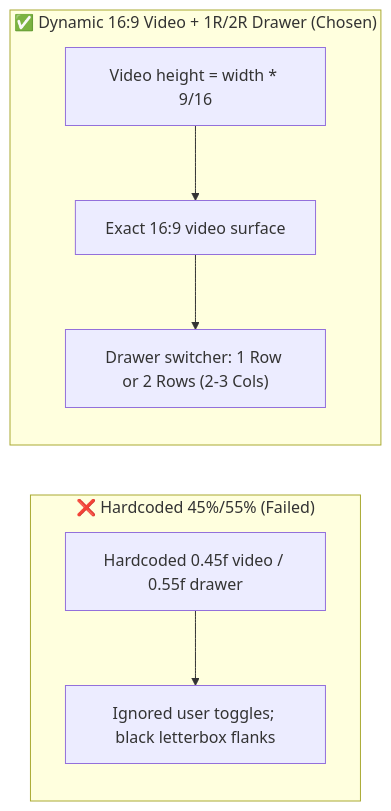
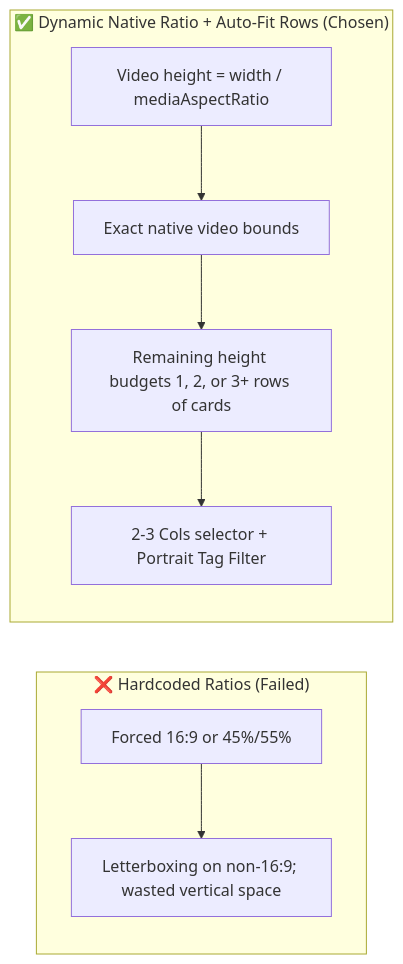
Before and after one commit to Mostakim2005/mpvRx: the second of 2 diagrams in docs/DECISIONS_AND_TRAPS.md, drawn with Mermaid. The commit also changed other lines of this file and 6 other files, not shown here.

````diff
--- a/docs/DECISIONS_AND_TRAPS.md
+++ b/docs/DECISIONS_AND_TRAPS.md
@@ -37,10 +37,11 @@
 ```mermaid
 flowchart LR
-    subgraph Failed["❌ Hardcoded 45%/55% (Failed)"]
-        A1["Hardcoded 0.45f video / 0.55f drawer"] --> A2["Ignored user toggles; black letterbox flanks"]
+    subgraph Failed["❌ Hardcoded Ratios (Failed)"]
+        A1["Forced 16:9 or 45%/55%"] --> A2["Letterboxing on non-16:9; wasted vertical space"]
     end
-    subgraph Active["✅ Dynamic 16:9 Video + 1R/2R Drawer (Chosen)"]
-        B1["Video height = width * 9/16"] --> B2["Exact 16:9 video surface"]
-        B2 --> B3["Drawer switcher: 1 Row or 2 Rows (2-3 Cols)"]
+    subgraph Active["✅ Dynamic Native Ratio + Auto-Fit Rows (Chosen)"]
+        B1["Video height = width / mediaAspectRatio"] --> B2["Exact native video bounds"]
+        B2 --> B3["Remaining height budgets 1, 2, or 3+ rows of cards"]
+        B3 --> B4["2-3 Cols selector + Portrait Tag Filter"]
     end
 ```
````
